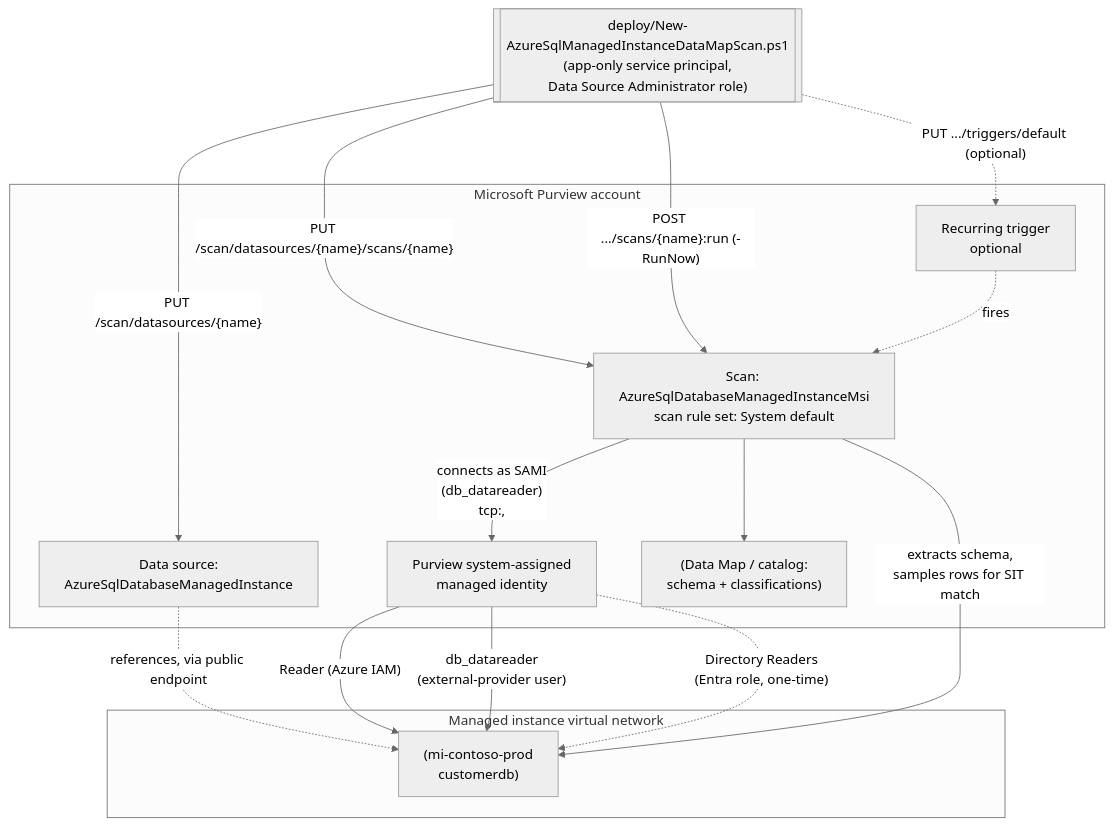
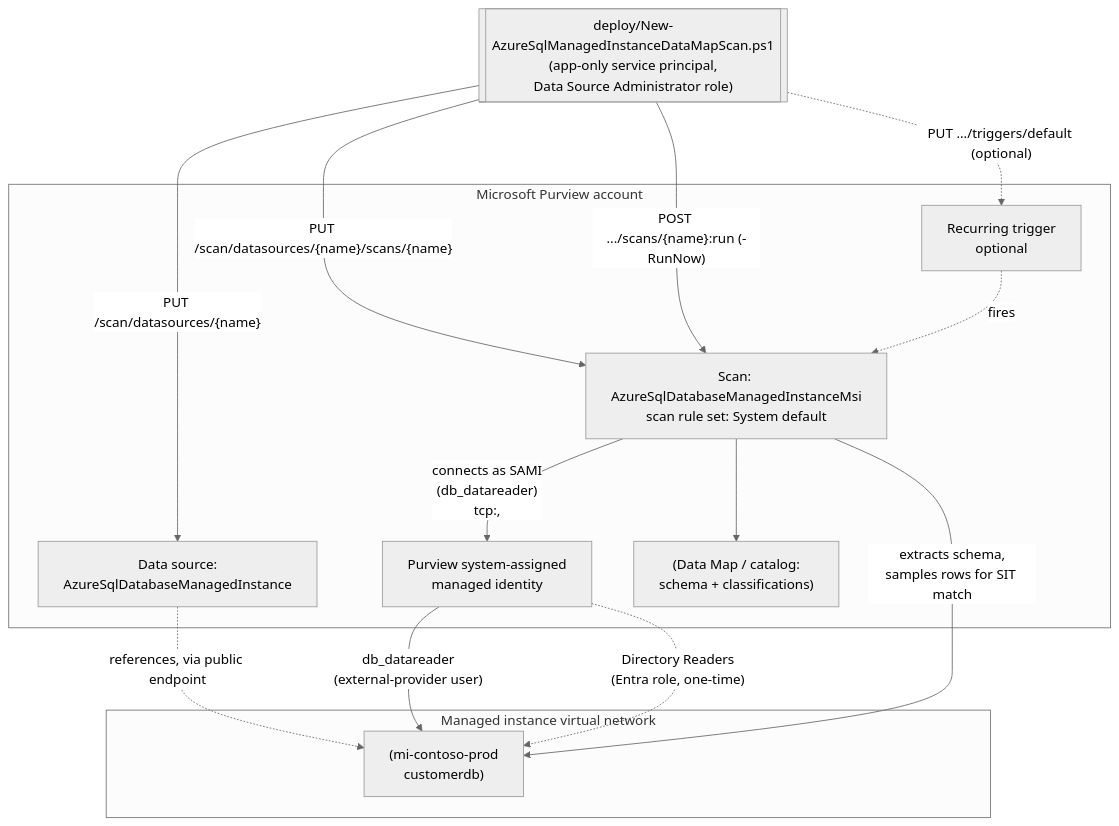
Before and after one commit to kpsec1/kpsec1.github.io: the diagram in src/content/scenarios/data-map/scan-azure-sql-managed-instance-and-classify.md, drawn with Mermaid (neutral theme). The commit also changed other lines of this file and 701 other files, not shown here.

````diff
--- a/src/content/scenarios/data-map/scan-azure-sql-managed-instance-and-classify.md
+++ b/src/content/scenarios/data-map/scan-azure-sql-managed-instance-and-classify.md
@@ -70,30 +45,29 @@
 ```mermaid
 flowchart TD
     subgraph MISubnet["Managed instance virtual network"]
         MI["(mi-contoso-prod<br/>customerdb)"]
     end
 
     subgraph Purview["Microsoft Purview account"]
         SAMI[Purview system-assigned<br/>managed identity]
         DS[Data source:<br/>AzureSqlDatabaseManagedInstance]
         Scan["Scan: AzureSqlDatabaseManagedInstanceMsi<br/>scan rule set: System default"]
         Trigger[Recurring trigger<br/>optional]
         DataMap["(Data Map / catalog:<br/>schema + classifications)"]
     end
 
     Deployer[["deploy/New-AzureSqlManagedInstanceDataMapScan.ps1<br/>(app-only service principal,<br/>Data Source Administrator role)"]]
 
     Deployer -- "PUT /scan/datasources/{name}" --> DS
     Deployer -- "PUT /scan/datasources/{name}/scans/{name}" --> Scan
     Deployer -. "PUT .../triggers/default (optional)" .-> Trigger
     Deployer -- "POST .../scans/{name}:run (-RunNow)" --> Scan
 
     DS -.->|references, via public endpoint| MI
     Scan -- "connects as SAMI<br/>(db_datareader)<br/>tcp:<fqdn>,<port>" --> SAMI
-    SAMI -- "Reader (Azure IAM)" --> MI
     SAMI -- "db_datareader<br/>(external-provider user)" --> MI
     SAMI -.->|"Directory Readers<br/>(Entra role, one-time)"| MI
     Scan -- "extracts schema,<br/>samples rows for SIT match" --> MI
     Scan --> DataMap
     Trigger -.->|fires| Scan
 ```
````
